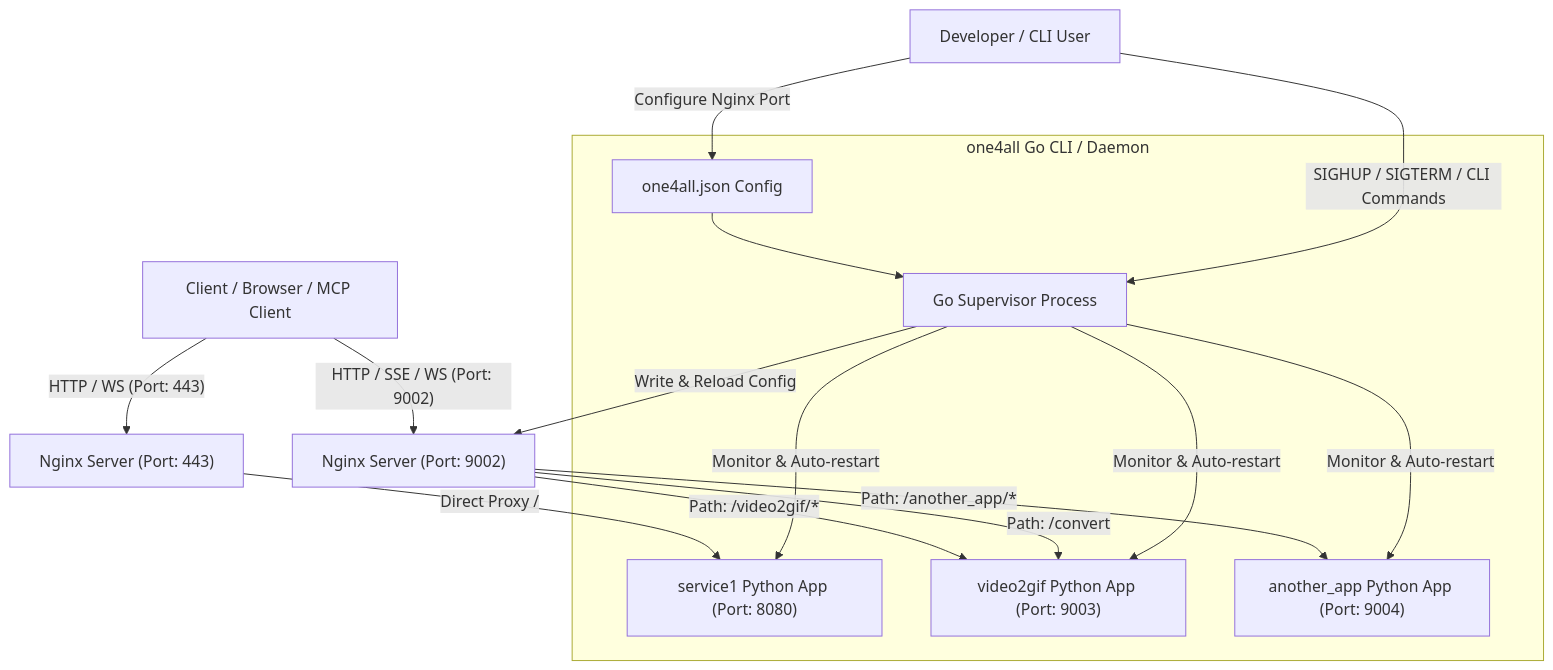
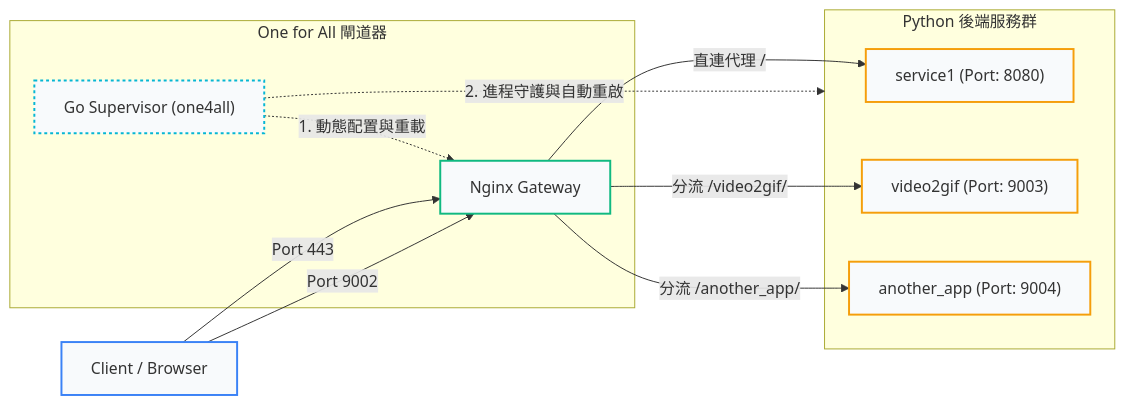
Before and after one commit to davislinyd/one4all: the diagram in README.md, drawn with Mermaid.

Commit message:
docs: simplify Mermaid flowchart structure in README.md for readability

````diff
--- a/README.md
+++ b/README.md
@@ -12,21 +12,32 @@
 ```mermaid
-graph TD
-    Client["Client / Browser / MCP Client"] -- "HTTP / WS (Port: 443)" --> Nginx443["Nginx Server (Port: 443)"]
-    Client -- "HTTP / SSE / WS (Port: 9002)" --> Nginx9002["Nginx Server (Port: 9002)"]
-    
-    Nginx443 -- "Direct Proxy /" --> S1["service1 Python App (Port: 8080)"]
-    Nginx9002 -- "Path: /video2gif/*" --> S2["video2gif Python App (Port: 9003)"]
-    Nginx9002 -- "Path: /another_app/*" --> S3["another_app Python App (Port: 9004)"]
-    Nginx9002 -- "Path: /convert" --> S2
-    
-    subgraph Go Supervisor ["one4all Go CLI / Daemon"]
-        JSON["one4all.json Config"] --> Supervisor["Go Supervisor Process"]
-        Supervisor -- "Monitor & Auto-restart" --> S1
-        Supervisor -- "Monitor & Auto-restart" --> S2
-        Supervisor -- "Monitor & Auto-restart" --> S3
+graph LR
+    classDef client fill:#f8fafc,stroke:#3b82f6,stroke-width:2px;
+    classDef nginx fill:#f8fafc,stroke:#10b981,stroke-width:2px;
+    classDef backend fill:#f8fafc,stroke:#f59e0b,stroke-width:2px;
+    classDef supervisor fill:#f8fafc,stroke:#06b6d4,stroke-width:2px,stroke-dasharray: 3 3;
+
+    %% 1. 流量入口
+    Client["Client / Browser"]:::client
+
+    %% 2. 閘道分流層
+    subgraph Gateway ["One for All 閘道器"]
+        Nginx["Nginx Gateway"]:::nginx
+        Supervisor["Go Supervisor (one4all)"]:::supervisor
+        Supervisor -. "1. 動態配置與重載" .-> Nginx
     end
-    
-    Developer["Developer / CLI User"] -- "SIGHUP / SIGTERM / CLI Commands" --> Supervisor
-    Developer -- "Configure Nginx Port" --> JSON
-    Supervisor -- "Write & Reload Config" --> Nginx9002
+
+    %% 3. 後端服務層
+    subgraph Backends ["Python 後端服務群"]
+        S1["service1 (Port: 8080)"]:::backend
+        S2["video2gif (Port: 9003)"]:::backend
+        S3["another_app (Port: 9004)"]:::backend
+    end
+
+    %% 流量路由關係
+    Client -- "Port 443" --> Nginx -- "直連代理 /" --> S1
+    Client -- "Port 9002" --> Nginx -- "分流 /video2gif/" --> S2
+    Nginx -- "分流 /another_app/" --> S3
+
+    %% 守護與監控關係
+    Supervisor -. "2. 進程守護與自動重啟" .-> Backends
 ```
````
